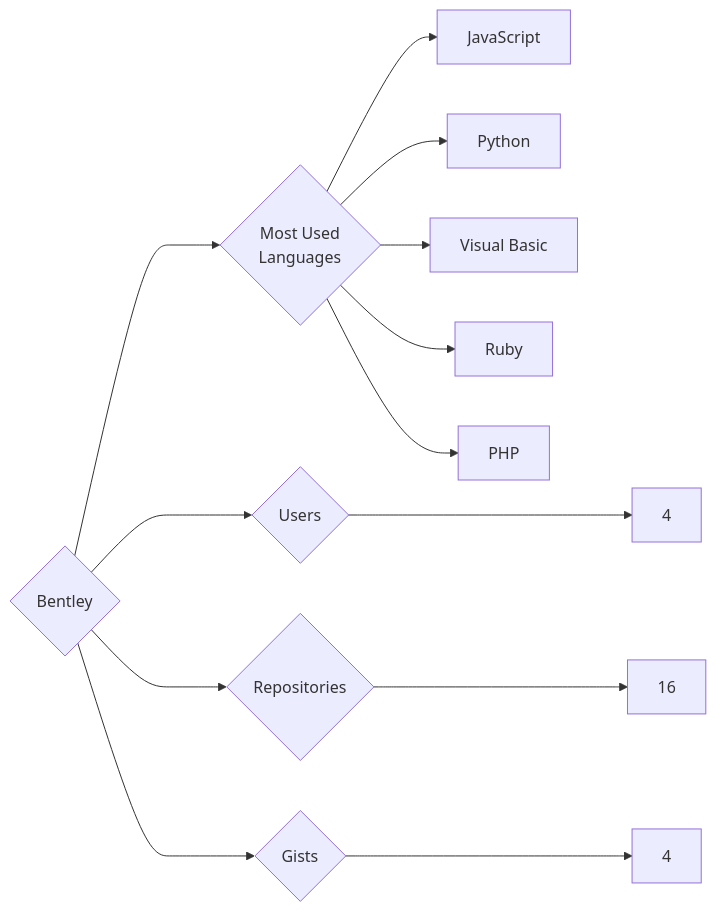
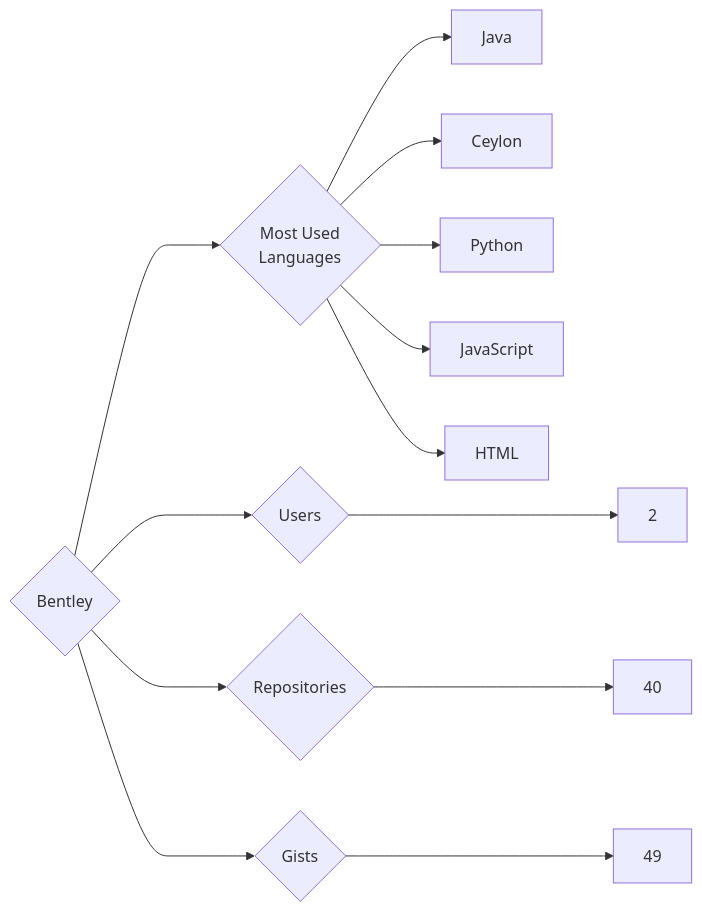
The diagram in targets/Bentley/README.md (trickest/insiders), drawn with Mermaid before and after one commit. The commit also changed 838 other files, not shown here.

````diff
--- a/targets/Bentley/README.md
+++ b/targets/Bentley/README.md
@@ -3,13 +3,13 @@
 ```mermaid
 graph LR
 COMPANY_NAME{Bentley}
-COMPANY_NAME ---> U{Users} ---> UN[4]
-COMPANY_NAME ---> R{Repositories} ---> RN[16]
-COMPANY_NAME ---> G{Gists} ---> GN[4]
+COMPANY_NAME ---> U{Users} ---> UN[2]
+COMPANY_NAME ---> R{Repositories} ---> RN[40]
+COMPANY_NAME ---> G{Gists} ---> GN[49]
 COMPANY_NAME ---> ML{Most Used<br>Languages}
+ML --> Java[Java]
+ML --> Ceylon[Ceylon]
+ML --> Python[Python]
 ML --> JavaScript[JavaScript]
-ML --> Python[Python]
-ML --> Visual_Basic[Visual Basic]
-ML --> Ruby[Ruby]
-ML --> PHP[PHP]
+ML --> HTML[HTML]
 ```
````
